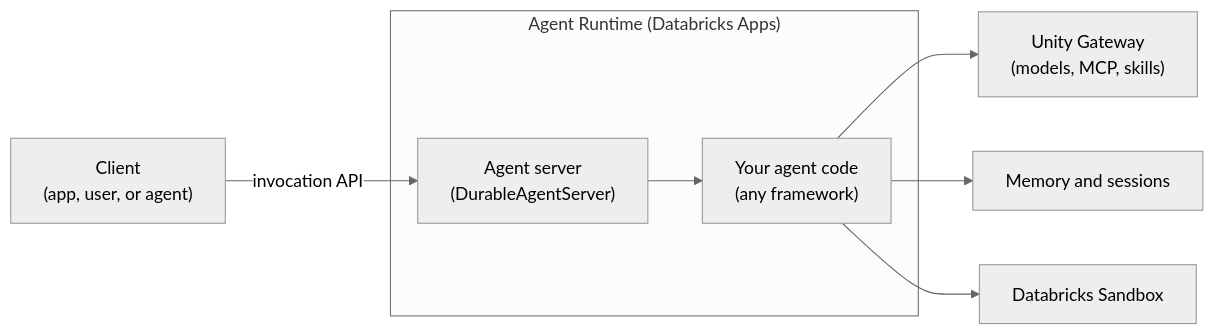
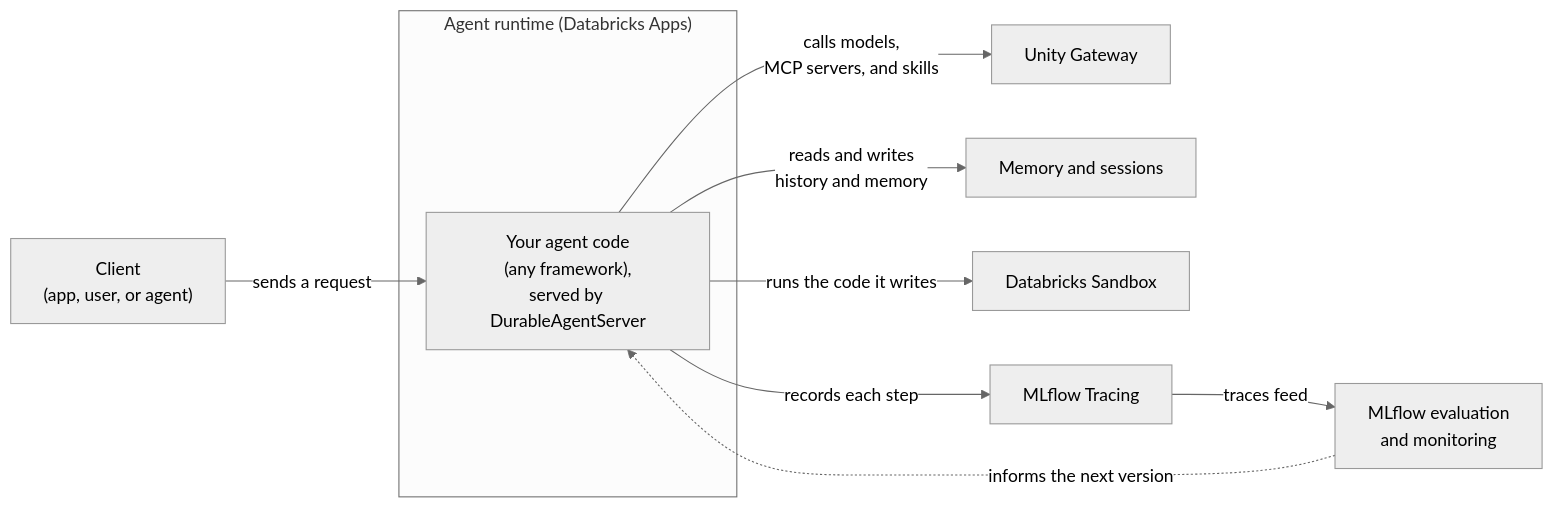
Before and after one commit to databricks/devhub: the diagram in src/content/docs/agents/overview.md, drawn with Mermaid (neutral theme). The commit also changed other lines of this file and 7 other files, not shown here.

````diff
--- a/src/content/docs/agents/overview.md
+++ b/src/content/docs/agents/overview.md
@@ -36,10 +23,13 @@
 ```mermaid
 flowchart LR
-    Client["Client<br/>(app, user, or agent)"] -->|"invocation API"| Server
-    subgraph Runtime["Agent Runtime (Databricks Apps)"]
-        Server["Agent server<br/>(DurableAgentServer)"] --> Loop["Your agent code<br/>(any framework)"]
+    Client["Client<br/>(app, user, or agent)"] -->|"sends a request"| Agent
+    subgraph Runtime["Agent runtime (Databricks Apps)"]
+        Agent["Your agent code<br/>(any framework),<br/>served by DurableAgentServer"]
     end
-    Loop --> Gateway["Unity Gateway<br/>(models, MCP, skills)"]
-    Loop --> State["Memory and sessions"]
-    Loop --> Sandbox["Databricks Sandbox"]
+    Agent -->|"calls models,<br/>MCP servers, and skills"| Gateway["Unity Gateway"]
+    Agent -->|"reads and writes<br/>history and memory"| State["Memory and sessions"]
+    Agent -->|"runs the code it writes"| Sandbox["Databricks Sandbox"]
+    Agent -->|"records each step"| Tracing["MLflow Tracing"]
+    Tracing -->|"traces feed"| Eval["MLflow evaluation<br/>and monitoring"]
+    Eval -.->|"informs the next version"| Agent
 ```
````
